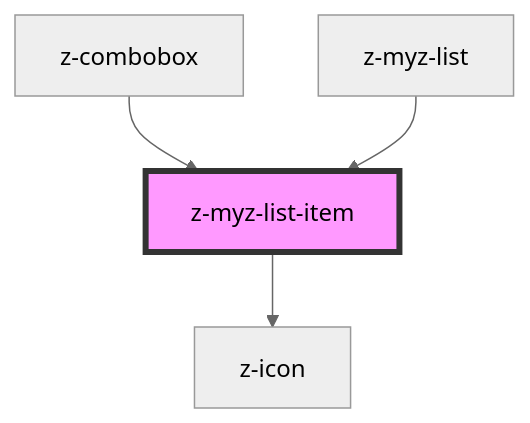
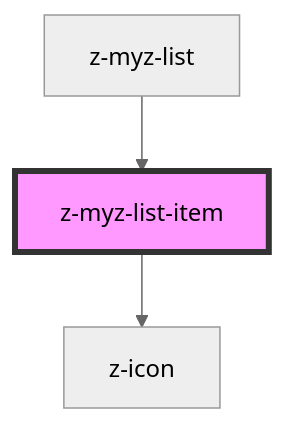
The diagram in src/snowflakes/myz/list/z-myz-list-item/readme.md (ZanichelliEditore/design-system), drawn with Mermaid (neutral theme) before and after one commit. The commit also changed other lines of this file and 1 other file, not shown here.

Commit message:
chore: update components readme

````diff
--- a/src/snowflakes/myz/list/z-myz-list-item/readme.md
+++ b/src/snowflakes/myz/list/z-myz-list-item/readme.md
@@ -50,7 +49,6 @@
 ```mermaid
 graph TD;
   z-myz-list-item --> z-icon
-  z-combobox --> z-myz-list-item
   z-myz-list --> z-myz-list-item
   style z-myz-list-item fill:#f9f,stroke:#333,stroke-width:4px
 ```
````
